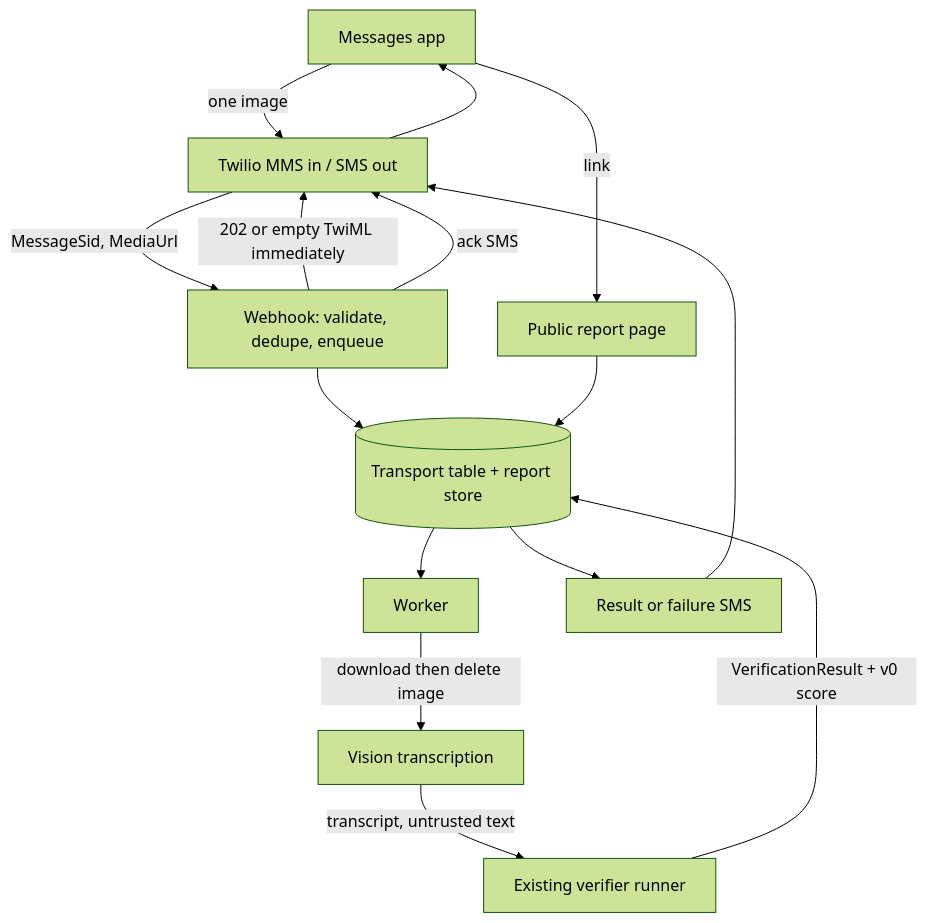
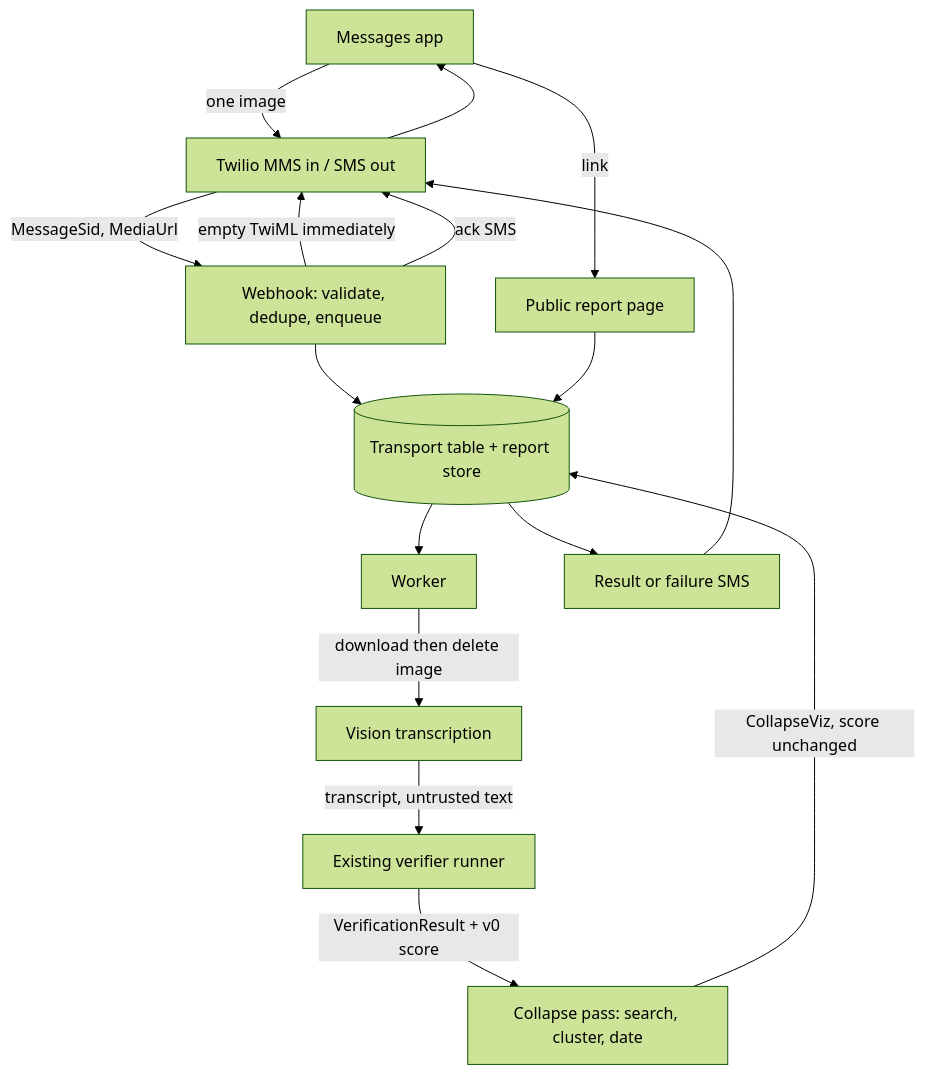
Before and after one commit to nbeyor/TweedCollective_website: the diagram in docs/grex-mms-v1-spec.md, drawn with Mermaid (forest theme). The commit also changed other lines of this file, not shown here.

First line of the commit message:
Lock V0 claim-collapse, async SMS, and evidence-strength language.

````diff
--- a/docs/grex-mms-v1-spec.md
+++ b/docs/grex-mms-v1-spec.md
@@ -251,27 +289,29 @@
 ```mermaid
 flowchart TD
   user[Messages app]
   twilio[Twilio MMS in / SMS out]
   hook[Webhook: validate, dedupe, enqueue]
   store[(Transport table + report store)]
   worker[Worker]
   ocr[Vision transcription]
   engine[Existing verifier runner]
+  collapse[Collapse pass: search, cluster, date]
   sms[Result or failure SMS]
   page[Public report page]
 
   user -->|one image| twilio
   twilio -->|MessageSid, MediaUrl| hook
-  hook -->|202 or empty TwiML immediately| twilio
+  hook -->|empty TwiML immediately| twilio
   hook -->|ack SMS| twilio
   hook --> store
   store --> worker
   worker -->|download then delete image| ocr
   ocr -->|transcript, untrusted text| engine
-  engine -->|VerificationResult + v0 score| store
+  engine -->|VerificationResult + v0 score| collapse
+  collapse -->|CollapseViz, score unchanged| store
   store --> sms
   sms --> twilio
   twilio --> user
   user -->|link| page
   page --> store
 ```
````
